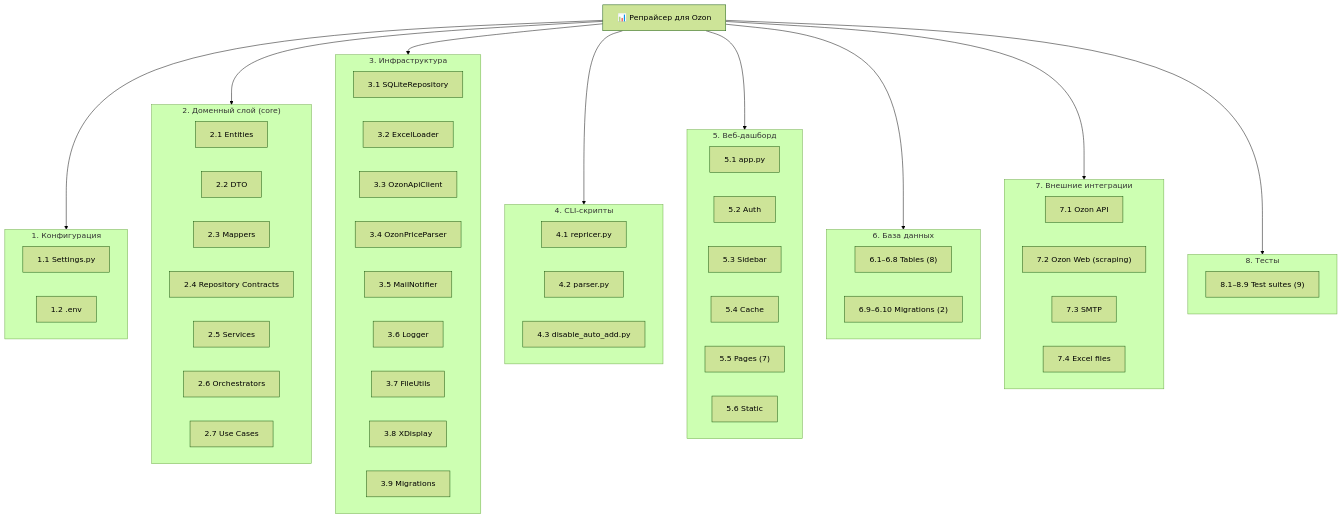
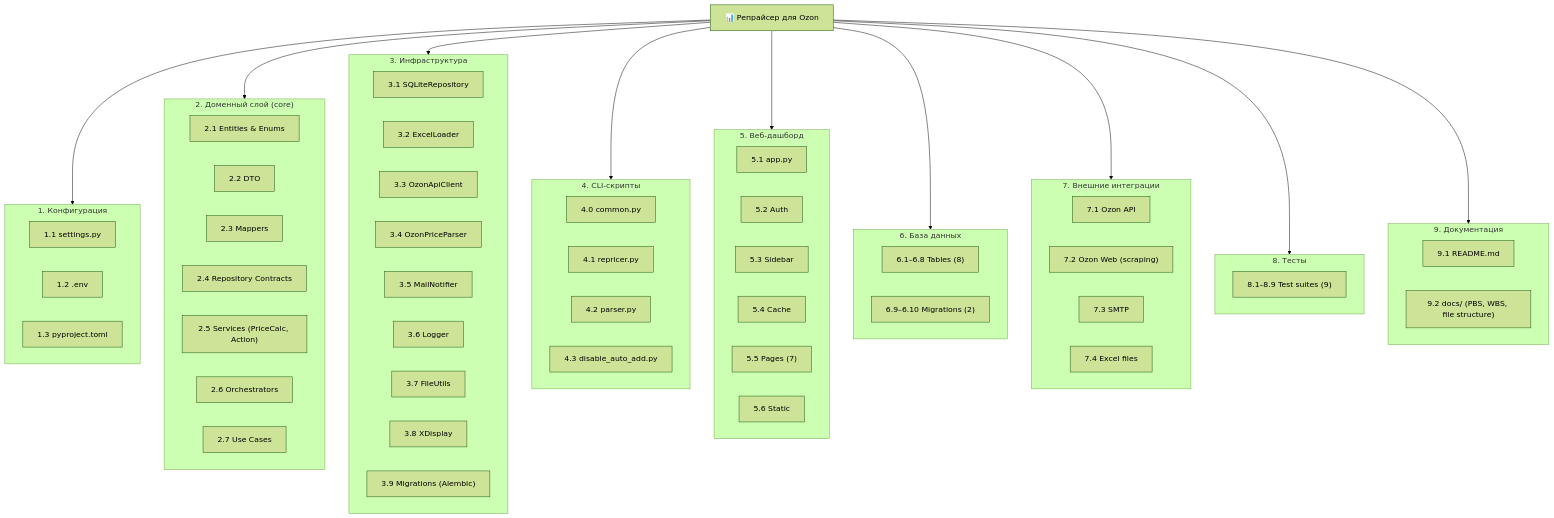
The diagram in docs/PBS.md (oldflexer/repricer-ozon), drawn with Mermaid (forest theme) before and after one commit. The commit also changed 17 other files, not shown here.

````diff
--- a/docs/PBS.md
+++ b/docs/PBS.md
@@ -94,71 +94,79 @@
 ```mermaid
 graph TD
     ROOT["📊 Репрайсер для Ozon"]
 
     subgraph C1["1. Конфигурация"]
-        C1a["1.1 Settings.py"]
+        C1a["1.1 settings.py"]
         C1b["1.2 .env"]
+        C1c["1.3 pyproject.toml"]
     end
 
     subgraph C2["2. Доменный слой (core)"]
-        C2a["2.1 Entities"]
+        C2a["2.1 Entities & Enums"]
         C2b["2.2 DTO"]
         C2c["2.3 Mappers"]
         C2d["2.4 Repository Contracts"]
-        C2e["2.5 Services"]
+        C2e["2.5 Services (PriceCalc, Action)"]
         C2f["2.6 Orchestrators"]
         C2g["2.7 Use Cases"]
     end
 
     subgraph C3["3. Инфраструктура"]
         C3a["3.1 SQLiteRepository"]
         C3b["3.2 ExcelLoader"]
         C3c["3.3 OzonApiClient"]
         C3d["3.4 OzonPriceParser"]
         C3e["3.5 MailNotifier"]
         C3f["3.6 Logger"]
         C3g["3.7 FileUtils"]
         C3h["3.8 XDisplay"]
-        C3i["3.9 Migrations"]
+        C3i["3.9 Migrations (Alembic)"]
     end
 
     subgraph C4["4. CLI-скрипты"]
-        C4a["4.1 repricer.py"]
-        C4b["4.2 parser.py"]
-        C4c["4.3 disable_auto_add.py"]
+        C4a["4.0 common.py"]
+        C4b["4.1 repricer.py"]
+        C4c["4.2 parser.py"]
+        C4d["4.3 disable_auto_add.py"]
     end
 
     subgraph C5["5. Веб-дашборд"]
         C5a["5.1 app.py"]
         C5b["5.2 Auth"]
         C5c["5.3 Sidebar"]
         C5d["5.4 Cache"]
         C5e["5.5 Pages (7)"]
         C5f["5.6 Static"]
     end
 
     subgraph C6["6. База данных"]
         C6a["6.1–6.8 Tables (8)"]
         C6b["6.9–6.10 Migrations (2)"]
     end
 
     subgraph C7["7. Внешние интеграции"]
         C7a["7.1 Ozon API"]
         C7b["7.2 Ozon Web (scraping)"]
         C7c["7.3 SMTP"]
         C7d["7.4 Excel files"]
     end
 
     subgraph C8["8. Тесты"]
         C8a["8.1–8.9 Test suites (9)"]
     end
 
+    subgraph C9["9. Документация"]
+        C9a["9.1 README.md"]
+        C9b["9.2 docs/ (PBS, WBS, file structure)"]
+    end
+
     ROOT --> C1
     ROOT --> C2
     ROOT --> C3
     ROOT --> C4
     ROOT --> C5
     ROOT --> C6
     ROOT --> C7
     ROOT --> C8
+    ROOT --> C9
 ```
````
